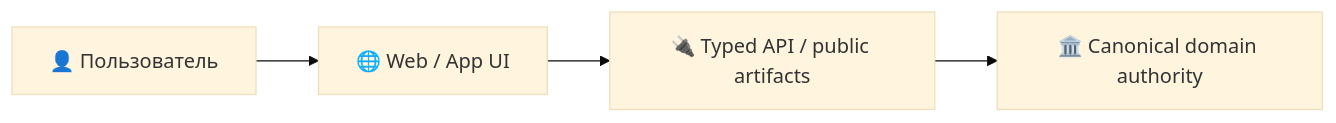
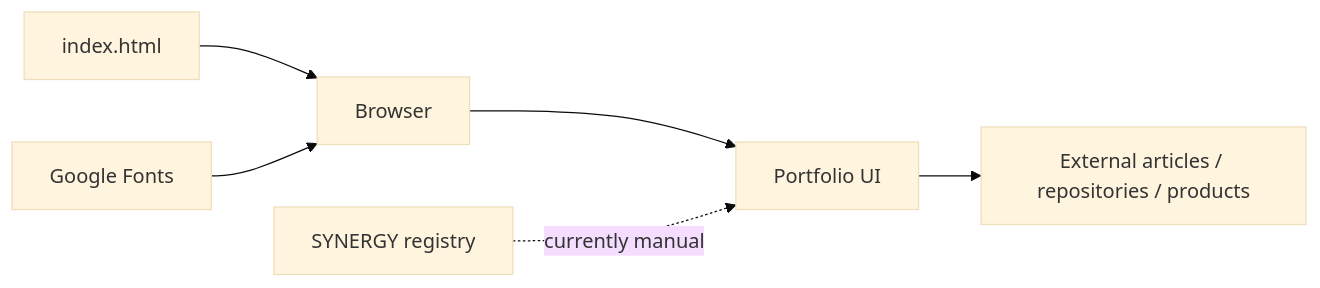
The first of 2 diagrams in README.md (Shtenco/shtenco.github.io), drawn with Mermaid (base theme) before and after one commit. The commit also changed other lines of this file, not shown here.

Commit message:
docs: rebuild portfolio README as verified presentation dossier

````diff
--- a/README.md
+++ b/README.md
@@ -12,6 +70,8 @@
 ```mermaid
 flowchart LR
-    USER[👤 Пользователь] --> UI[🌐 Web / App UI]
-    UI --> API[🔌 Typed API / public artifacts]
-    API --> AUTH[🏛️ Canonical domain authority]
+    HTML[index.html] --> B[Browser]
+    GF[Google Fonts] --> B
+    B --> P[Portfolio UI]
+    P --> L[External articles / repositories / products]
+    REG[SYNERGY registry] -. currently manual .-> P
 ```
````
